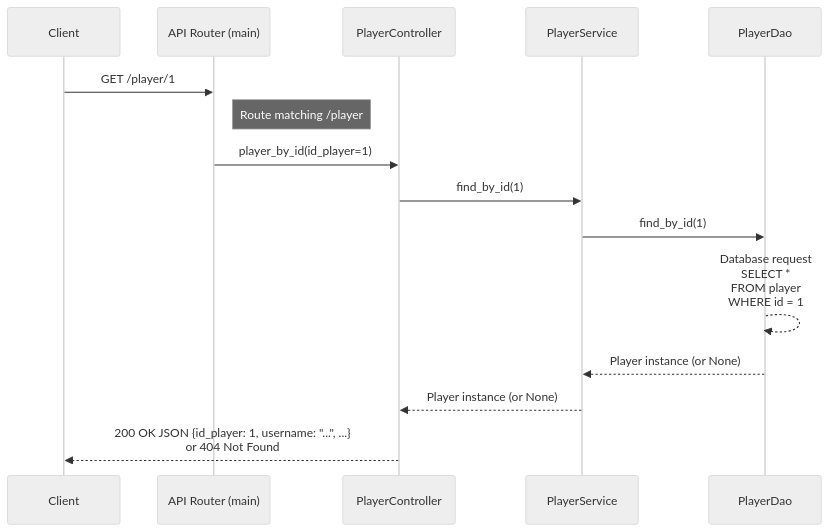
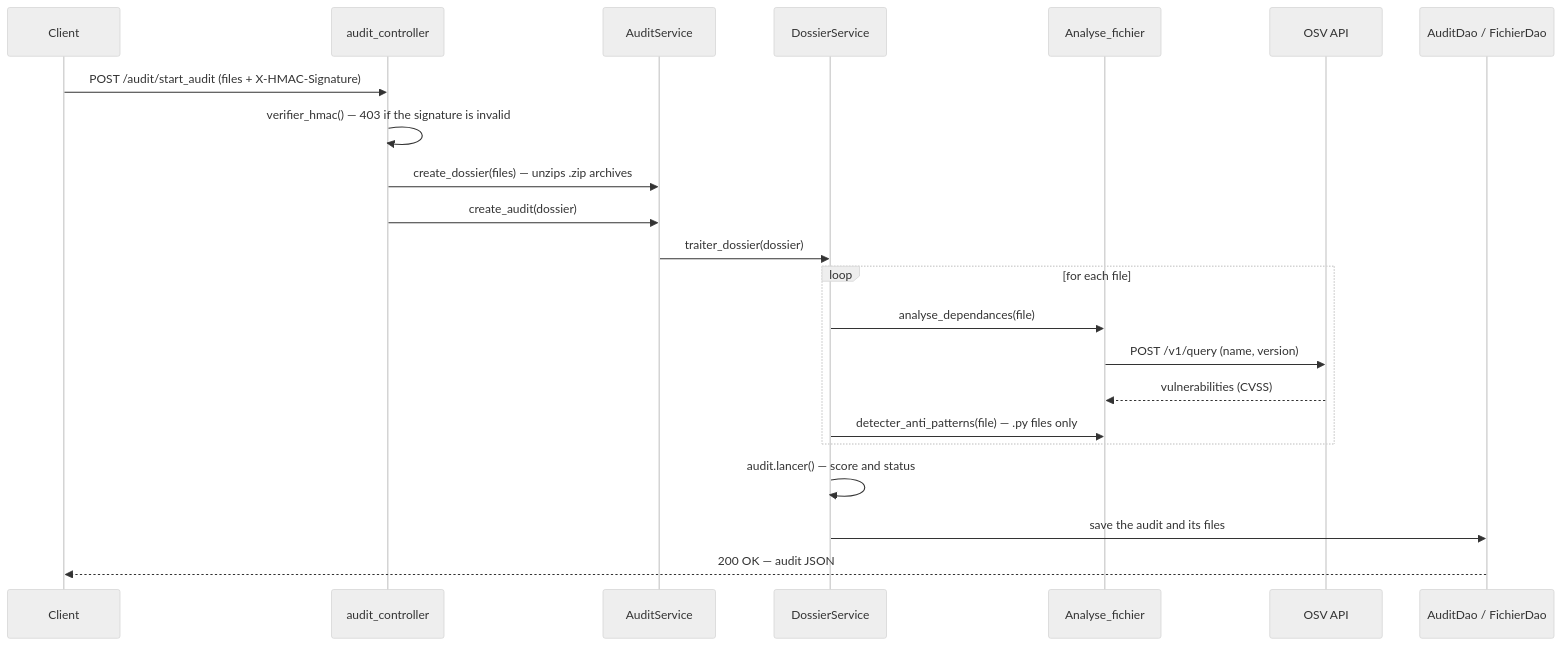
One commit to Tympwu/Projet-2A-Info-ENSAI changed the diagram in backend/README.md. Above: the diagram before and after it, drawn with Mermaid (neutral theme). The commit also changed other lines of this file and 2 other files, not shown here.

````diff
--- a/backend/README.md
+++ b/backend/README.md
@@ -30,20 +66,25 @@
 ```mermaid
 sequenceDiagram
-    participant Client as Client
-    participant Router as API Router (main)
-    participant WS as PlayerController
-    participant Service as PlayerService
-    participant DAO as PlayerDao
+    participant Client
+    participant Ctrl as audit_controller
+    participant AS as AuditService
+    participant DS as DossierService
+    participant AF as Analyse_fichier
+    participant OSV as OSV API
+    participant DAO as AuditDao / FichierDao
 
-    Client->>Router: GET /player/1
-    Note right of Router: Route matching /player
-    Router->>WS: player_by_id(id_player=1)
-
-    WS->>Service: find_by_id(1)
-
-    Service->>DAO: find_by_id(1)
-    DAO-->>DAO: Database request <br/>SELECT *<br/>FROM player<br/> WHERE id = 1
-    DAO-->>Service: Player instance (or None)
-    Service-->>WS: Player instance (or None)
-    WS-->>Client: 200 OK JSON {id_player: 1, username: "...", ...} <br/> or 404 Not Found
+    Client->>Ctrl: POST /audit/start_audit (files + X-HMAC-Signature)
+    Ctrl->>Ctrl: verifier_hmac() — 403 if the signature is invalid
+    Ctrl->>AS: create_dossier(files) — unzips .zip archives
+    Ctrl->>AS: create_audit(dossier)
+    AS->>DS: traiter_dossier(dossier)
+    loop for each file
+        DS->>AF: analyse_dependances(file)
+        AF->>OSV: POST /v1/query (name, version)
+        OSV-->>AF: vulnerabilities (CVSS)
+        DS->>AF: detecter_anti_patterns(file) — .py files only
+    end
+    DS->>DS: audit.lancer() — score and status
+    DS->>DAO: save the audit and its files
+    DAO-->>Client: 200 OK — audit JSON
 ```
````
